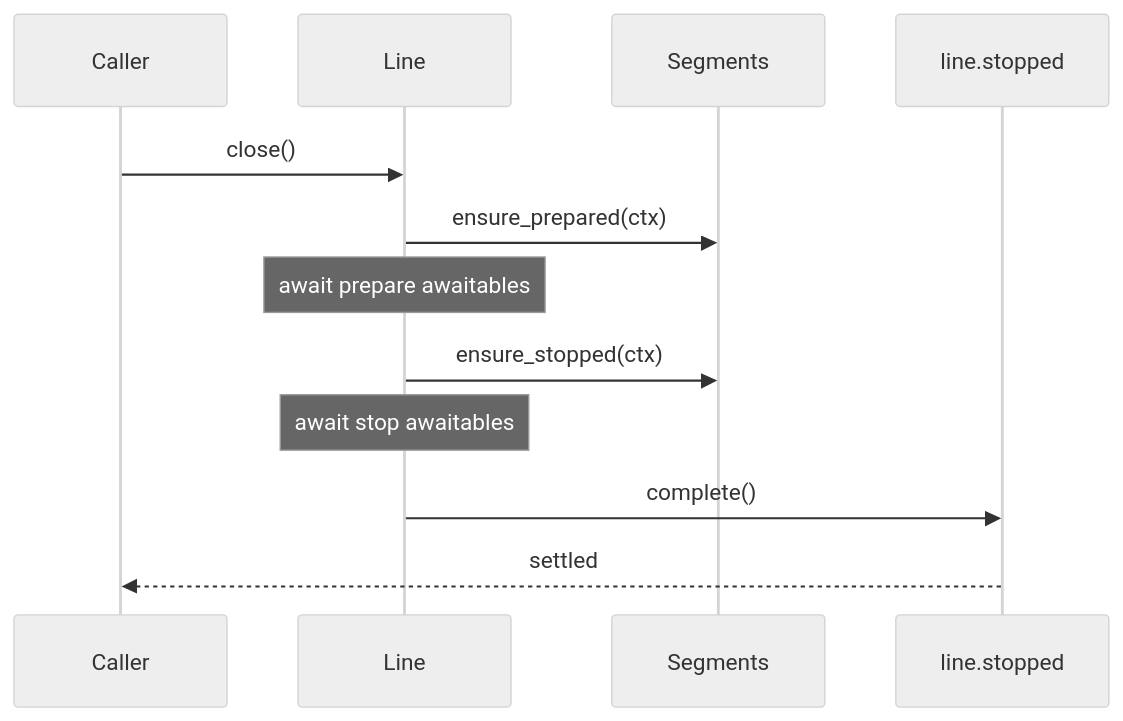
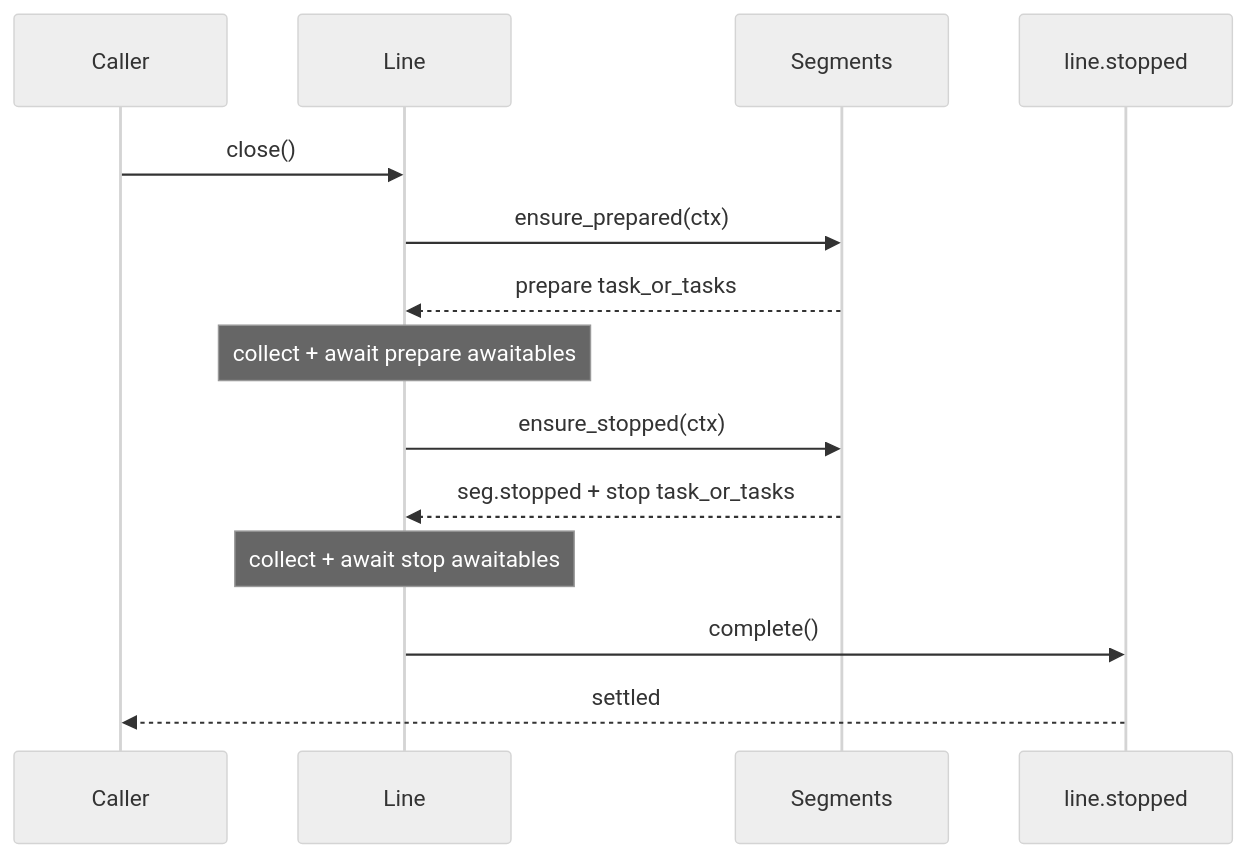
The diagram in doc/line.md (rektide/pipe-line-lua), drawn with Mermaid (neutral theme) before and after one commit. The commit also changed 4 other files, not shown here.

Commit message:
add core architecture mermaid diagrams across run line segment registry and stop ADR

````diff
--- a/doc/line.md
+++ b/doc/line.md
@@ -184,15 +184,17 @@
 ```mermaid
 sequenceDiagram
     participant caller as Caller
     participant line as Line
     participant seg as Segments
     participant stopped as line.stopped
 
     caller->>line: close()
     line->>seg: ensure_prepared(ctx)
-    Note over line: await prepare awaitables
+    seg-->>line: prepare task_or_tasks
+    Note over line: collect + await prepare awaitables
     line->>seg: ensure_stopped(ctx)
-    Note over line: await stop awaitables
+    seg-->>line: seg.stopped + stop task_or_tasks
+    Note over line: collect + await stop awaitables
     line->>stopped: complete()
     stopped-->>caller: settled
 ```
````
